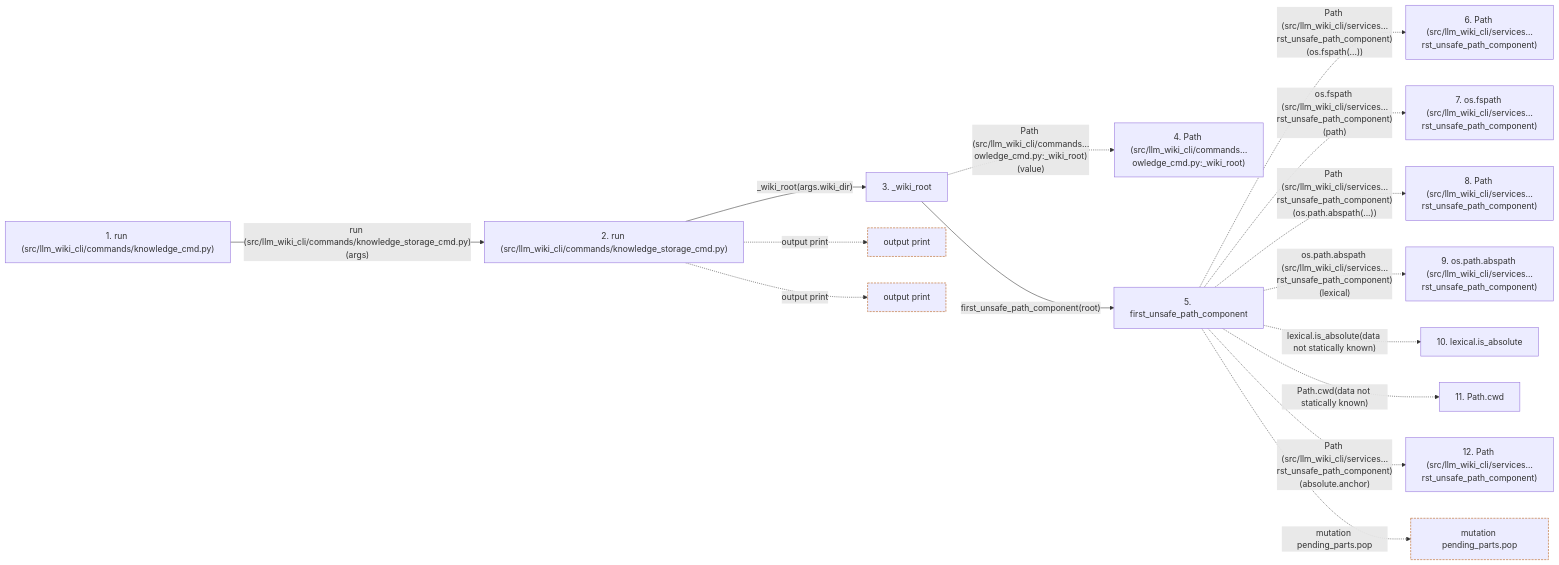
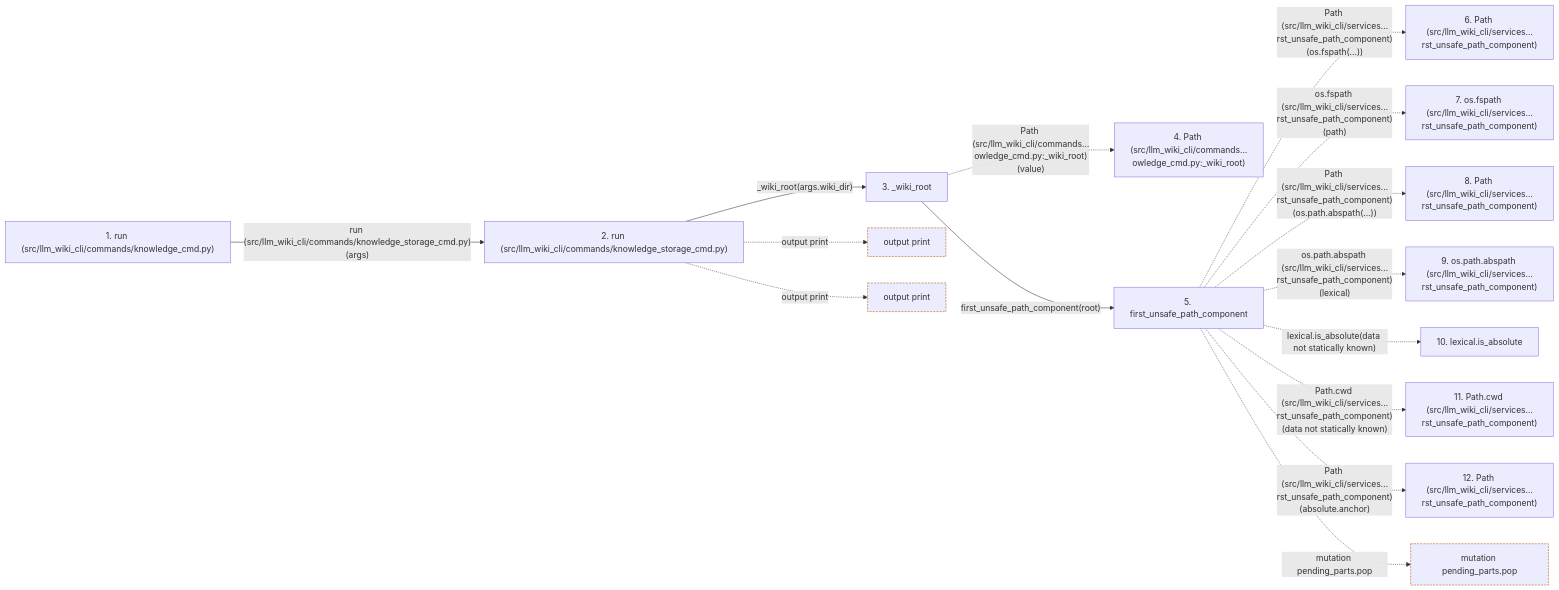
One commit to Denissvgn/python-wiki-llm changed the second of 2 diagrams in docs/llm_wiki/flows/api-run-knowledge_cmd.md. Above: the diagram before and after it, drawn with Mermaid. The commit also changed other lines of this file and 554 other files, not shown here.

````diff
--- a/docs/llm_wiki/flows/api-run-knowledge_cmd.md
+++ b/docs/llm_wiki/flows/api-run-knowledge_cmd.md
@@ -137,40 +163,40 @@
 ```mermaid
 flowchart LR
     s1["1. run (src/llm_wiki_cli/commands/knowledge_cmd.py)"]
     s2["2. run (src/llm_wiki_cli/commands/knowledge_storage_cmd.py)"]
     s3["3. _wiki_root"]
     s4["4. Path (src/llm_wiki_cli/commands…owledge_cmd.py:_wiki_root)"]
     s5["5. first_unsafe_path_component"]
     s6["6. Path (src/llm_wiki_cli/services…rst_unsafe_path_component)"]
     s7["7. os.fspath (src/llm_wiki_cli/services…rst_unsafe_path_component)"]
     s8["8. Path (src/llm_wiki_cli/services…rst_unsafe_path_component)"]
     s9["9. os.path.abspath (src/llm_wiki_cli/services…rst_unsafe_path_component)"]
     s10["10. lexical.is_absolute"]
-    s11["11. Path.cwd"]
+    s11["11. Path.cwd (src/llm_wiki_cli/services…rst_unsafe_path_component)"]
     s12["12. Path (src/llm_wiki_cli/services…rst_unsafe_path_component)"]
     s1 -->|"run (src/llm_wiki_cli/commands/knowledge_storage_cmd.py)(args)"| s2
     s2 -->|"_wiki_root(args.wiki_dir)"| s3
     s3 -. "Path (src/llm_wiki_cli/commands…owledge_cmd.py:_wiki_root)(value)" .-> s4
     s3 -->|"first_unsafe_path_component(root)"| s5
     s5 -. "Path (src/llm_wiki_cli/services…rst_unsafe_path_component)(os.fspath(...))" .-> s6
     s5 -. "os.fspath (src/llm_wiki_cli/services…rst_unsafe_path_component)(path)" .-> s7
     s5 -. "Path (src/llm_wiki_cli/services…rst_unsafe_path_component)(os.path.abspath(...))" .-> s8
     s5 -. "os.path.abspath (src/llm_wiki_cli/services…rst_unsafe_path_component)(lexical)" .-> s9
     s5 -. "lexical.is_absolute(data not statically known)" .-> s10
-    s5 -. "Path.cwd(data not statically known)" .-> s11
+    s5 -. "Path.cwd (src/llm_wiki_cli/services…rst_unsafe_path_component)(data not statically known)" .-> s11
     s5 -. "Path (src/llm_wiki_cli/services…rst_unsafe_path_component)(absolute.anchor)" .-> s12
     b0["output print"]
     s2 -. "output print" .-> b0
     b1["output print"]
     s2 -. "output print" .-> b1
     b2["mutation pending_parts.pop"]
     s5 -. "mutation pending_parts.pop" .-> b2
     click s1 "../modules/knowledge_cmd.md"
     click s2 "../modules/knowledge_storage_cmd.md"
     click s3 "../modules/knowledge_cmd.md"
     click s5 "../modules/io.md"
     classDef boundary stroke:#b45309,stroke-dasharray: 4 2
     class b0 boundary
     class b1 boundary
     class b2 boundary
 ```
````
